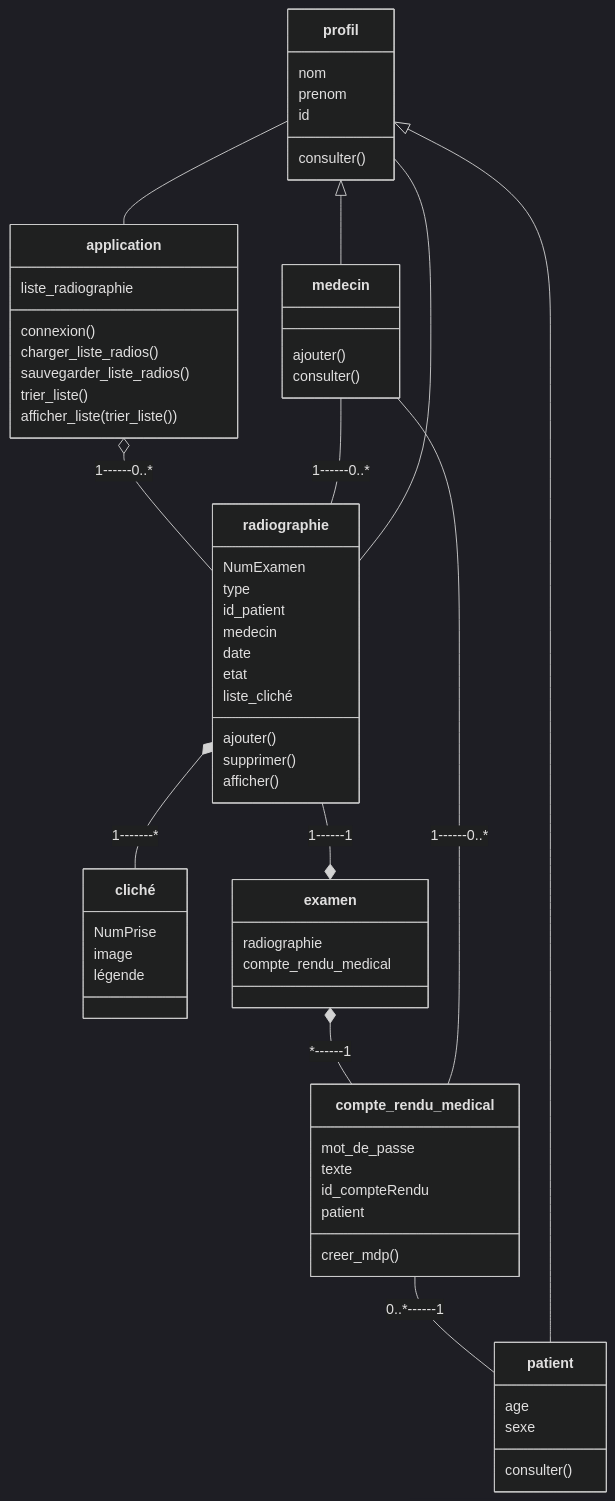
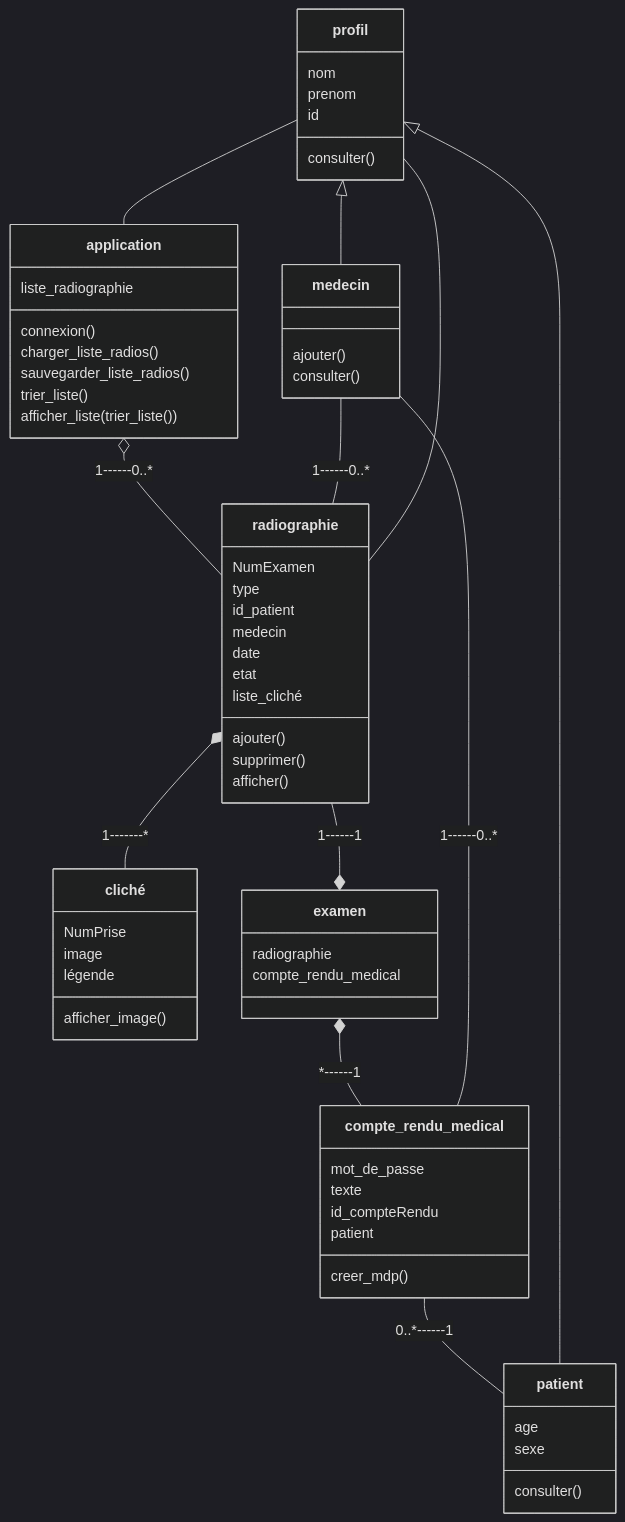
One commit to Annewynn/POO_project changed the diagram in README.md. Above: the diagram before and after it, drawn with Mermaid (dark theme). The commit also changed 15 other files, not shown here.

````diff
--- a/README.md
+++ b/README.md
@@ -5,58 +5,59 @@
 ```mermaid
 classDiagram
 radiographie *-- cliché : 1-------*
 radiographie --* examen : 1------1
 application o-- radiographie : 1------0..*
 compte_rendu_medical -- patient : 0..*------1
 examen *-- compte_rendu_medical : *------1
 medecin -- compte_rendu_medical : 1------0..*
 medecin -- radiographie : 1------0..*
 profil -- radiographie
 profil <|-- patient
 profil <|-- medecin
 profil -- application
 
 radiographie: NumExamen
 radiographie: type
 radiographie: id_patient
 radiographie: medecin
 radiographie: date
 radiographie: etat
 radiographie: liste_cliché
 radiographie: ajouter()
 radiographie: supprimer()
 radiographie: afficher()
 
 cliché: NumPrise
 cliché: image
 cliché: légende
+cliché: afficher_image()
 
 compte_rendu_medical: mot_de_passe
 compte_rendu_medical: texte
 compte_rendu_medical: id_compteRendu
 compte_rendu_medical: patient
 compte_rendu_medical: creer_mdp()
 
 application: liste_radiographie
 application: connexion()
 application: charger_liste_radios()
 application: sauvegarder_liste_radios()
 application: trier_liste()
 application: afficher_liste(trier_liste())
 
 examen: radiographie
 examen: compte_rendu_medical
 
 profil: nom
 profil: prenom
 profil: id
 
 profil: consulter()
 
 patient: age
 patient: sexe
 patient: consulter()
 
 medecin: ajouter()
 medecin: consulter()
 ```
````
